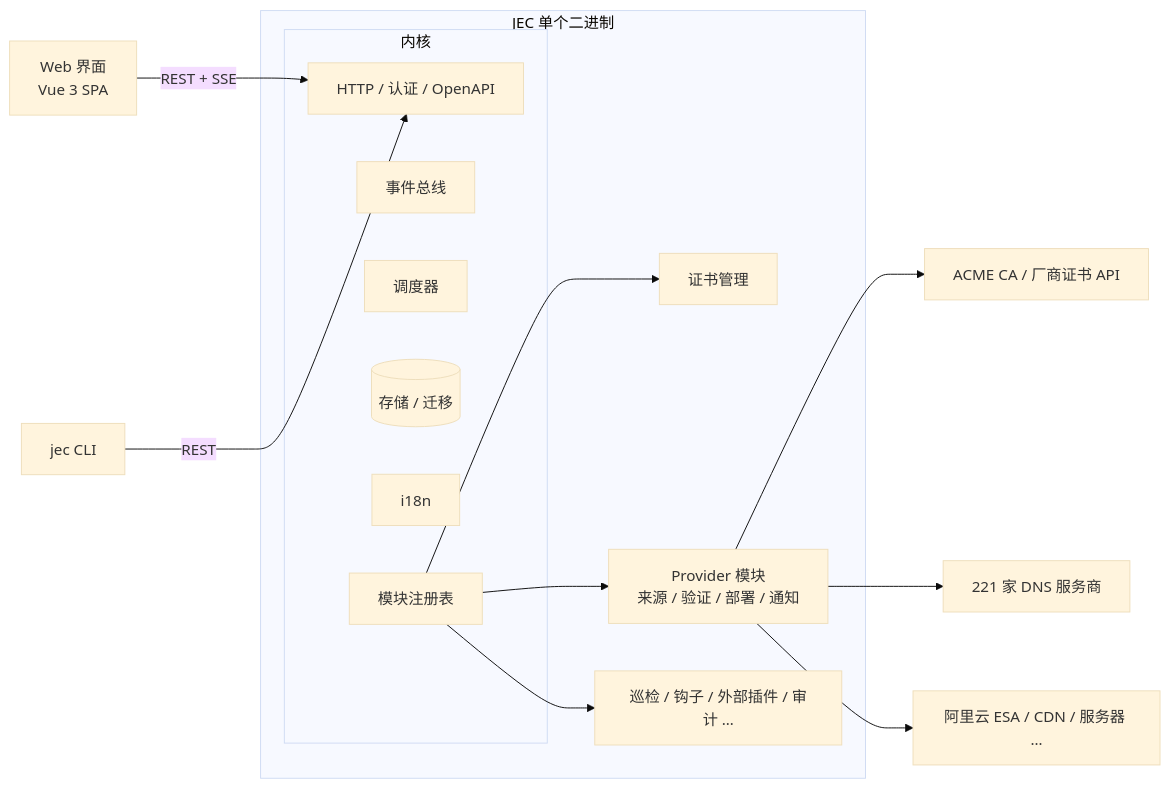
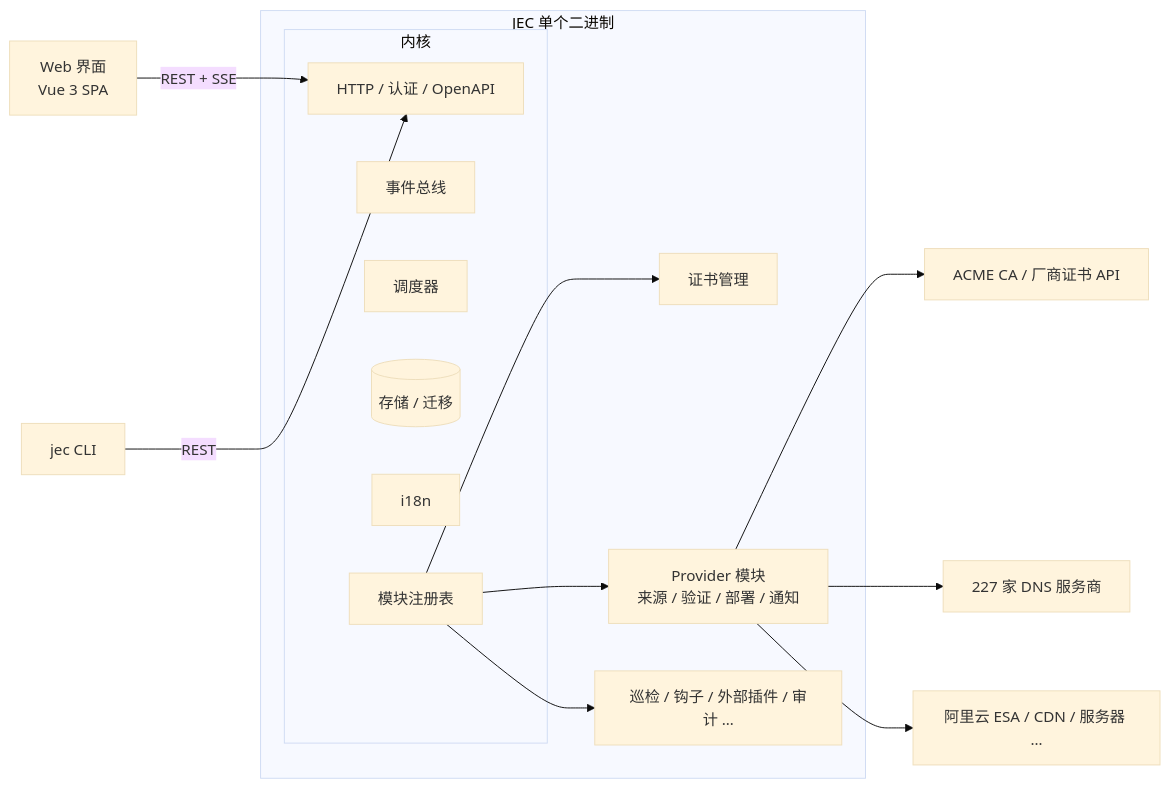
Before and after one commit to XMZO/JustEnoughCerts: the first of 2 diagrams in PLAN.md, drawn with Mermaid (base theme). The commit also changed other lines of this file and 2 other files, not shown here.

````diff
--- a/PLAN.md
+++ b/PLAN.md
@@ -75,21 +75,21 @@
 ```mermaid
 flowchart LR
   UI[Web 界面<br/>Vue 3 SPA] -->|REST + SSE| API
   CLI[jec CLI] -->|REST| API
   subgraph JEC 单个二进制
     subgraph Kernel[内核]
       API[HTTP / 认证 / OpenAPI]
       Bus[事件总线]
       Sched[调度器]
       Store[(存储 / 迁移)]
       I18N[i18n]
       Reg[模块注册表]
     end
     Reg --> M1[证书管理]
     Reg --> M2[Provider 模块<br/>来源 / 验证 / 部署 / 通知]
     Reg --> M3[巡检 / 钩子 / 外部插件 / 审计 …]
   end
   M2 --> NC[ACME CA / 厂商证书 API]
-  M2 --> DNS[221 家 DNS 服务商]
+  M2 --> DNS[227 家 DNS 服务商]
   M2 --> ESA[阿里云 ESA / CDN / 服务器 …]
 ```
````
